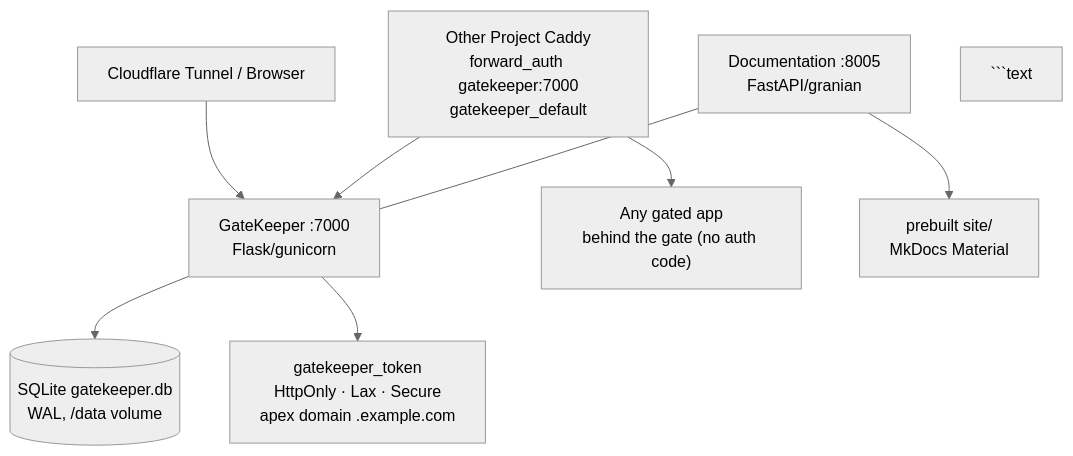
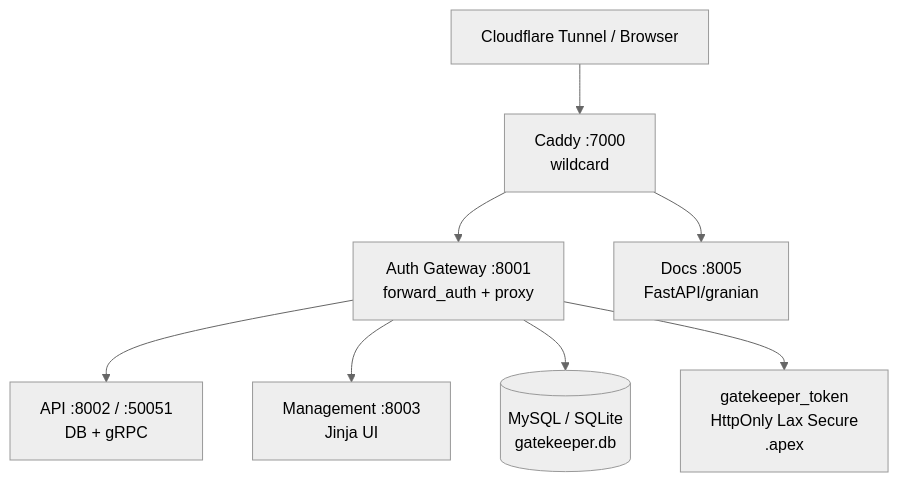
One commit to NovaProtocol/GateKeeper changed the diagram in documentation/docs/index.md. Above: the diagram before and after it, drawn with Mermaid (neutral theme). The commit also changed other lines of this file and 13 other files, not shown here.

First line of the commit message:
docs(gatekeeper): refresh for FastAPI gateway

````diff
--- a/documentation/docs/index.md
+++ b/documentation/docs/index.md
@@ -18,14 +21,10 @@
 ```mermaid
 graph TB
-    TUN["Cloudflare Tunnel / Browser"] --> GK["GateKeeper :7000<br/>Flask/gunicorn"]
-    GK --> DB[("SQLite gatekeeper.db<br/>WAL, /data volume")]
-    GK --> COOKIE["gatekeeper_token<br/>HttpOnly · Lax · Secure<br/>apex domain .example.com"]
-
-    CADDY["Other Project Caddy<br/>forward_auth gatekeeper:7000<br/>gatekeeper_default"] --> GK
-    CADDY --> APP["Any gated app<br/>behind the gate (no auth code)"]
-
-    DOC["Documentation :8005<br/>FastAPI/granian"] --- GK
-    DOC --> SITE["prebuilt site/<br/>MkDocs Material"]
-```text
-
+    TUN["Cloudflare Tunnel / Browser"] --> CADDY["Caddy :7000<br/>wildcard"]
+    CADDY --> AUTH["Auth Gateway :8001<br/>forward_auth + proxy"]
+    AUTH --> API["API :8002 / :50051<br/>DB + gRPC"]
+    AUTH --> MGMT["Management :8003<br/>Jinja UI"]
+    AUTH --> DB[("MySQL / SQLite<br/>gatekeeper.db")]
+    AUTH --> COOKIE["gatekeeper_token<br/>HttpOnly Lax Secure<br/>.apex"]
+    CADDY --> DOC["Docs :8005<br/>FastAPI/granian"]
 ```
````
